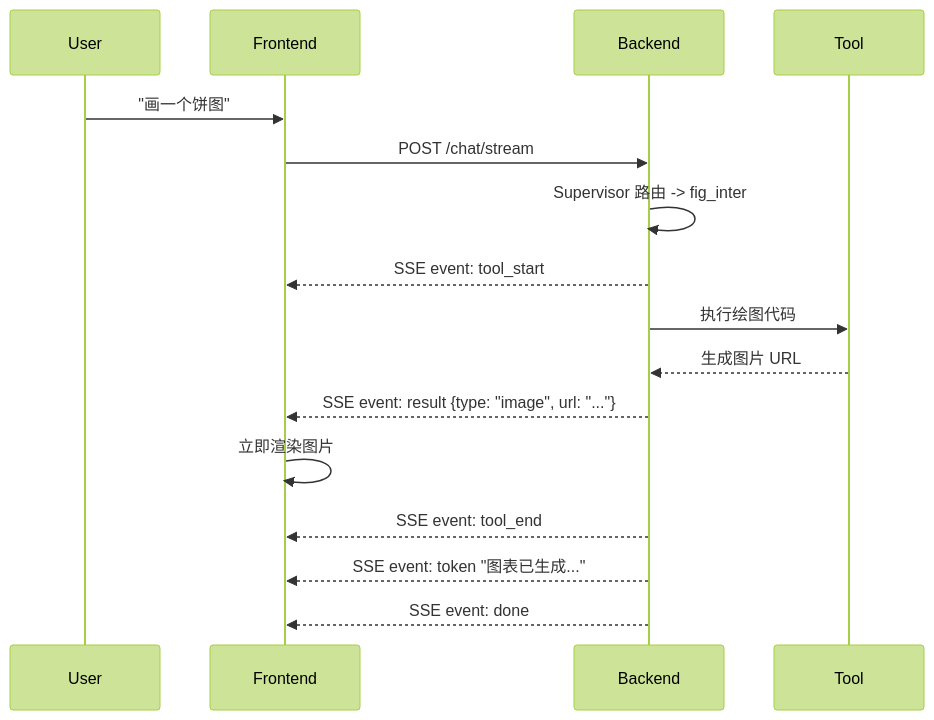
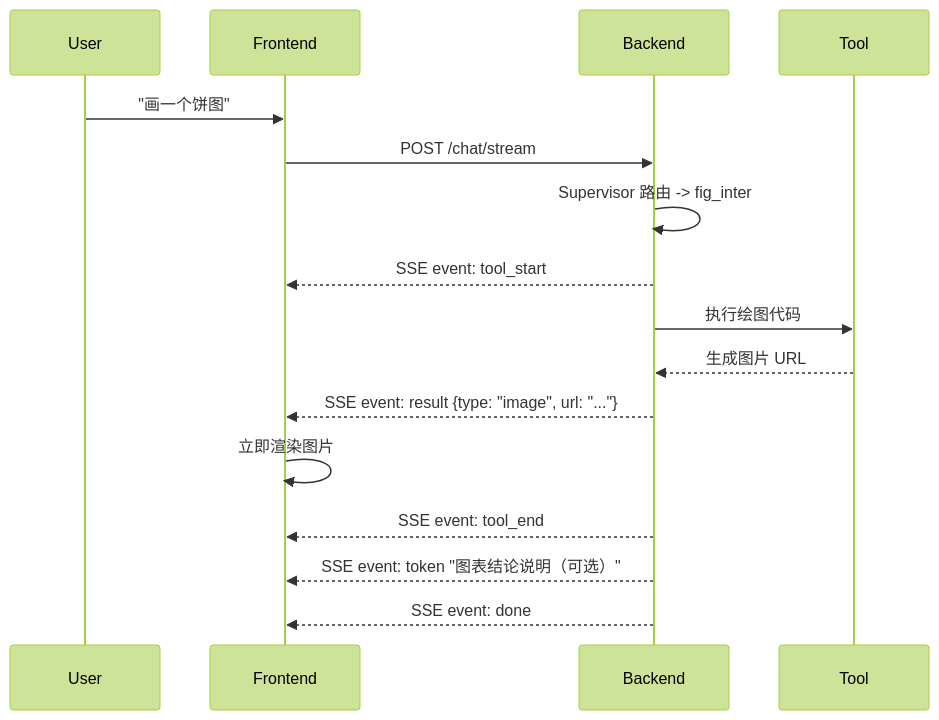
The eighth of 8 diagrams in docs/开发文档/代码解读/多智能体系统详解.md (jijingkun-commits/fastapi), drawn with Mermaid (forest theme) before and after one commit. The commit also changed other lines of this file and 7 other files, not shown here.

````diff
--- a/docs/开发文档/代码解读/多智能体系统详解.md
+++ b/docs/开发文档/代码解读/多智能体系统详解.md
@@ -626,23 +626,23 @@
 ```mermaid
 sequenceDiagram
     participant User
     participant Frontend
     participant Backend
     participant Tool
     
     User->>Frontend: "画一个饼图"
     Frontend->>Backend: POST /chat/stream
     
     Backend->>Backend: Supervisor 路由 -> fig_inter
     Backend-->>Frontend: SSE event: tool_start
     
     Backend->>Tool: 执行绘图代码
     Tool-->>Backend: 生成图片 URL
     
     Backend-->>Frontend: SSE event: result {type: "image", url: "..."}
     Frontend->>Frontend: 立即渲染图片
     
     Backend-->>Frontend: SSE event: tool_end
-    Backend-->>Frontend: SSE event: token "图表已生成..."
+    Backend-->>Frontend: SSE event: token "图表结论说明（可选）"
     Backend-->>Frontend: SSE event: done
 ```
````
